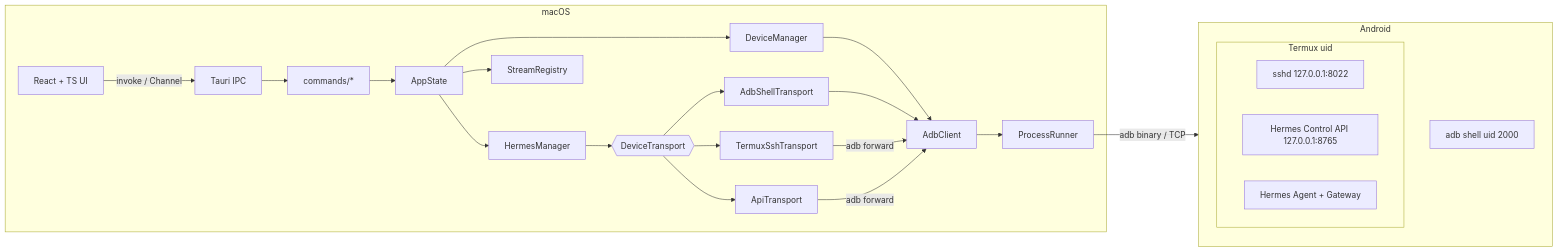
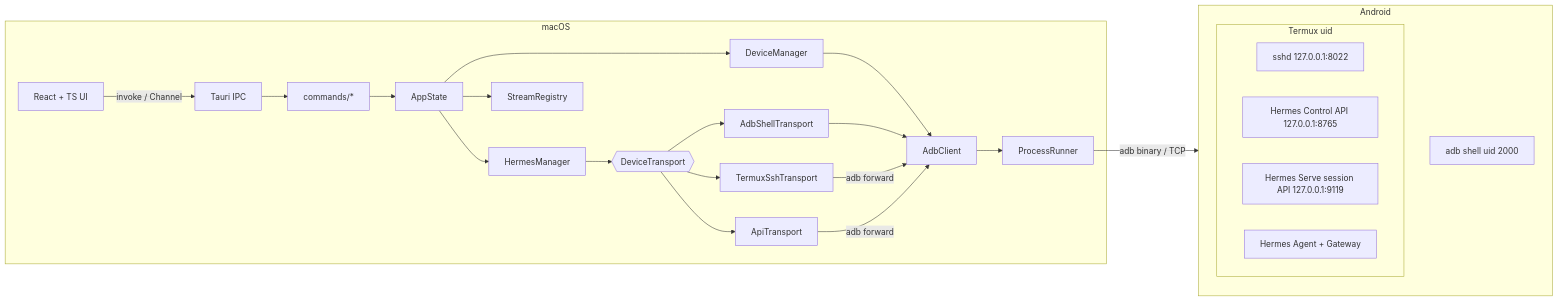
The first of 3 diagrams in docs/ARCHITECTURE.md (chesteralan/hermes-android-control-center), drawn with Mermaid before and after one commit. The commit also changed other lines of this file and 14 other files, not shown here.

Commit message:
feat: add Hermes chat session history

````diff
--- a/docs/ARCHITECTURE.md
+++ b/docs/ARCHITECTURE.md
@@ -5,29 +5,30 @@
 ```mermaid
 flowchart LR
   subgraph mac[macOS]
     UI[React + TS UI] -- invoke / Channel --> IPC[Tauri IPC]
     IPC --> CMD[commands/*]
     CMD --> STATE[AppState]
     STATE --> DM[DeviceManager]
     STATE --> HM[HermesManager]
     STATE --> SM[StreamRegistry]
     DM --> ADB[AdbClient]
     HM --> T{{DeviceTransport}}
     T --> AT[AdbShellTransport]
     T --> ST[TermuxSshTransport]
     T --> APT[ApiTransport]
     AT --> ADB
     ST -- adb forward --> ADB
     APT -- adb forward --> ADB
     ADB --> PR[ProcessRunner]
   end
   PR -- adb binary / TCP --> PHONE
   subgraph PHONE[Android]
     SH[adb shell uid 2000]
     subgraph TX[Termux uid]
       SSHD[sshd 127.0.0.1:8022]
       API[Hermes Control API 127.0.0.1:8765]
+      SAPI[Hermes Serve session API 127.0.0.1:9119]
       H[Hermes Agent + Gateway]
     end
   end
 ```
````
